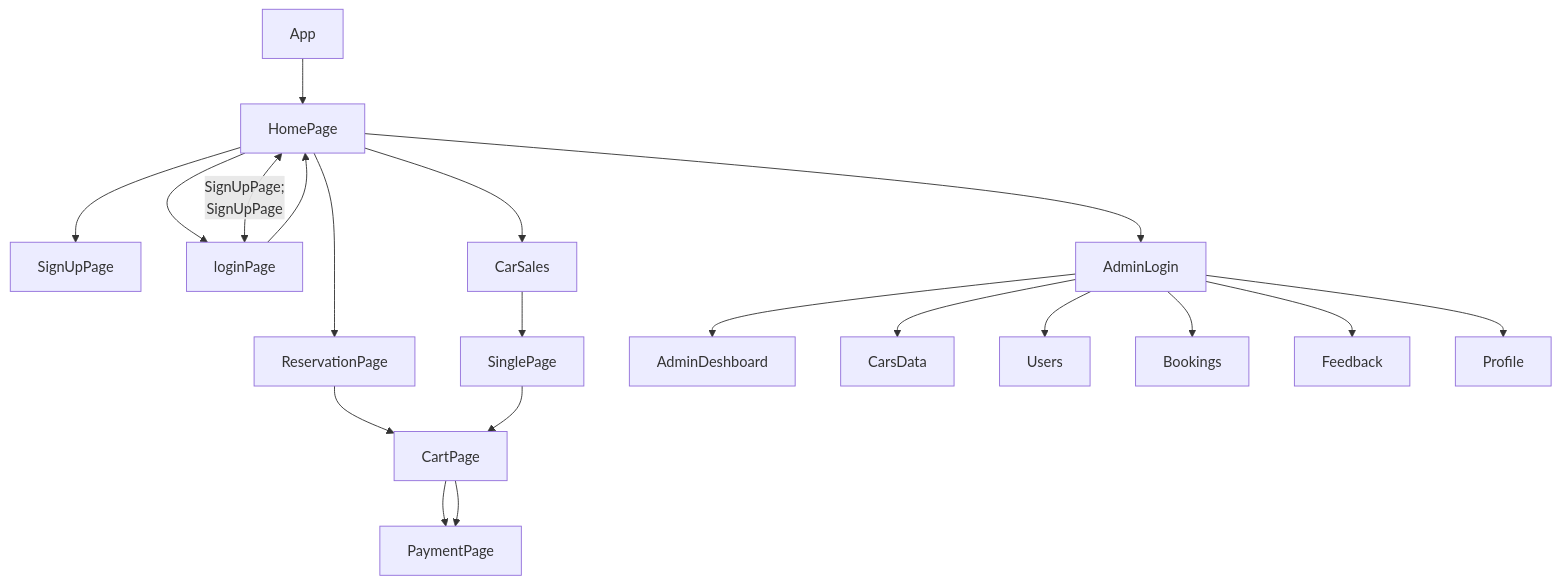
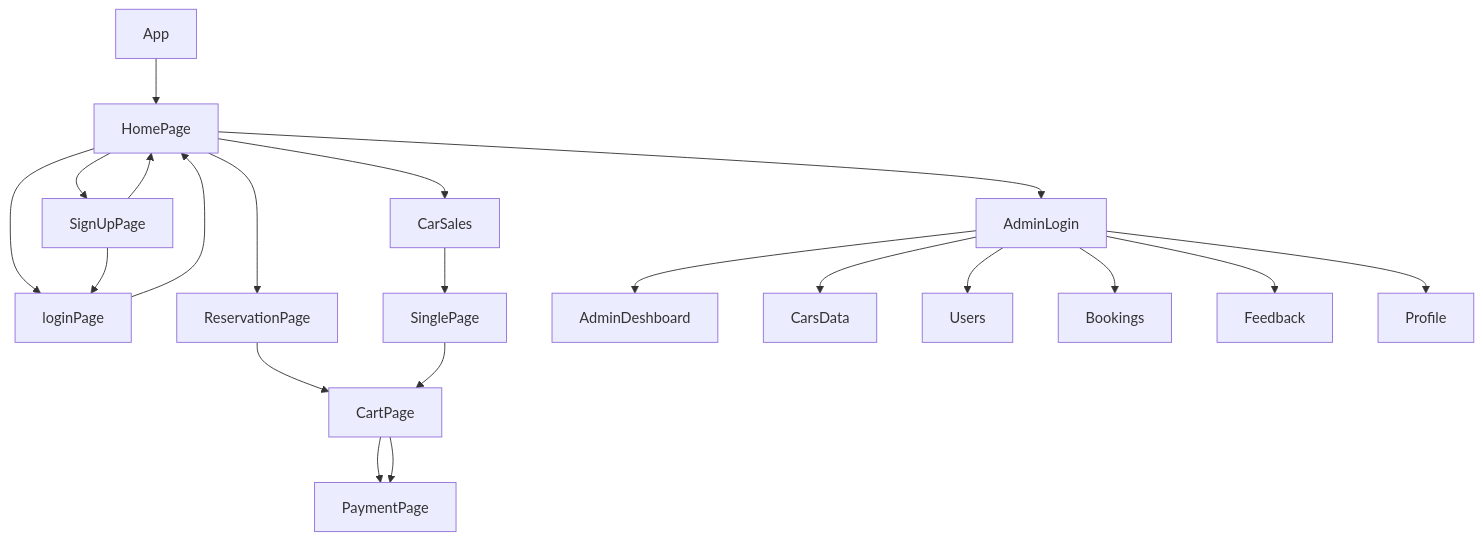
One commit to shikhu51197/Avis-Rentals changed the diagram in README.md. Above: the diagram before and after it, drawn with Mermaid.

````diff
--- a/README.md
+++ b/README.md
@@ -85,25 +85,24 @@
 ```mermaid
 graph TD;
     App-->HomePage
     HomePage-->SignUpPage;
     HomePage-->loginPage;
-     HomePage<--SignUpPage;
+    SignUpPage--> HomePage;
       SignUpPage-->loginPage;
        loginPage-->HomePage;
-      
        HomePage --> ReservationPage
        ReservationPage-->CartPage
        CartPage-->PaymentPage
        HomePage -->CarSales
        CarSales-->SinglePage
        SinglePage --> CartPage
        CartPage-->PaymentPage
        HomePage --> AdminLogin
        AdminLogin-->AdminDeshboard
        AdminLogin -->CarsData
        AdminLogin -->Users
        AdminLogin -->Bookings
        AdminLogin -->Feedback
        AdminLogin -->Profile
        
 ```
````
